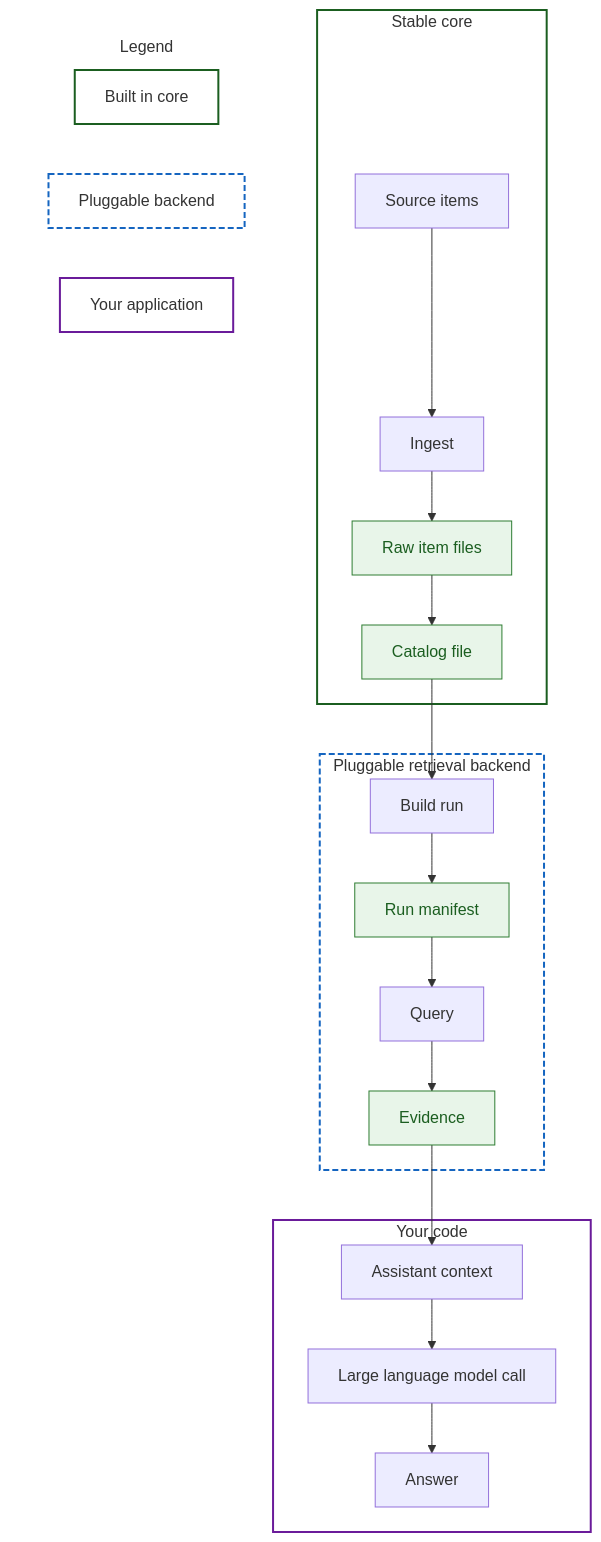
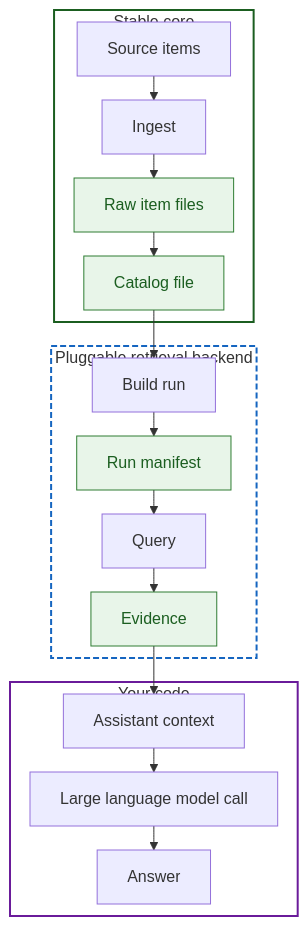
The first of 2 diagrams in README.md (AnthusAI/Biblicus), drawn with Mermaid before and after one commit. The commit also changed other lines of this file, not shown here.

Commit message:
docs: tighten readme Mermaid layout

````diff
--- a/README.md
+++ b/README.md
@@ -37,43 +37,32 @@
 ```mermaid
-%%{init: {"flowchart": {"useMaxWidth": true}}}%%
+%%{init: {"flowchart": {"useMaxWidth": true, "nodeSpacing": 20, "rankSpacing": 24}}}%%
 flowchart TD
   subgraph StableCore[Stable core]
     Source[Source items] --> Ingest[Ingest]
     Ingest --> Raw[Raw item files]
     Raw --> Catalog[Catalog file]
   end
 
   subgraph PluggableRetrievalBackend[Pluggable retrieval backend]
     Build[Build run] --> Run[Run manifest]
     Run --> Query[Query]
     Query --> Evidence[Evidence]
   end
 
   Catalog --> Build
   Evidence --> Context
 
   subgraph YourCode[Your code]
     Context[Assistant context] --> Model[Large language model call]
     Model --> Answer[Answer]
   end
 
   style StableCore fill:#ffffff,stroke:#1b5e20,stroke-width:2px
   style PluggableRetrievalBackend fill:#ffffff,stroke:#1565c0,stroke-dasharray:6 3,stroke-width:2px
   style YourCode fill:#ffffff,stroke:#6a1b9a,stroke-width:2px
 
   style Raw fill:#e8f5e9,stroke:#2e7d32,color:#1b5e20
   style Catalog fill:#e8f5e9,stroke:#2e7d32,color:#1b5e20
   style Run fill:#e8f5e9,stroke:#2e7d32,color:#1b5e20
   style Evidence fill:#e8f5e9,stroke:#2e7d32,color:#1b5e20
-
-  subgraph Legend[Legend]
-    LegendStable[Built in core]
-    LegendPluggable[Pluggable backend]
-    LegendYourCode[Your application]
-  end
-
-  style Legend fill:#ffffff,stroke:#ffffff
-  style LegendStable fill:#ffffff,stroke:#1b5e20,stroke-width:2px
-  style LegendPluggable fill:#ffffff,stroke:#1565c0,stroke-dasharray:6 3,stroke-width:2px
-  style LegendYourCode fill:#ffffff,stroke:#6a1b9a,stroke-width:2px
 ```
````
